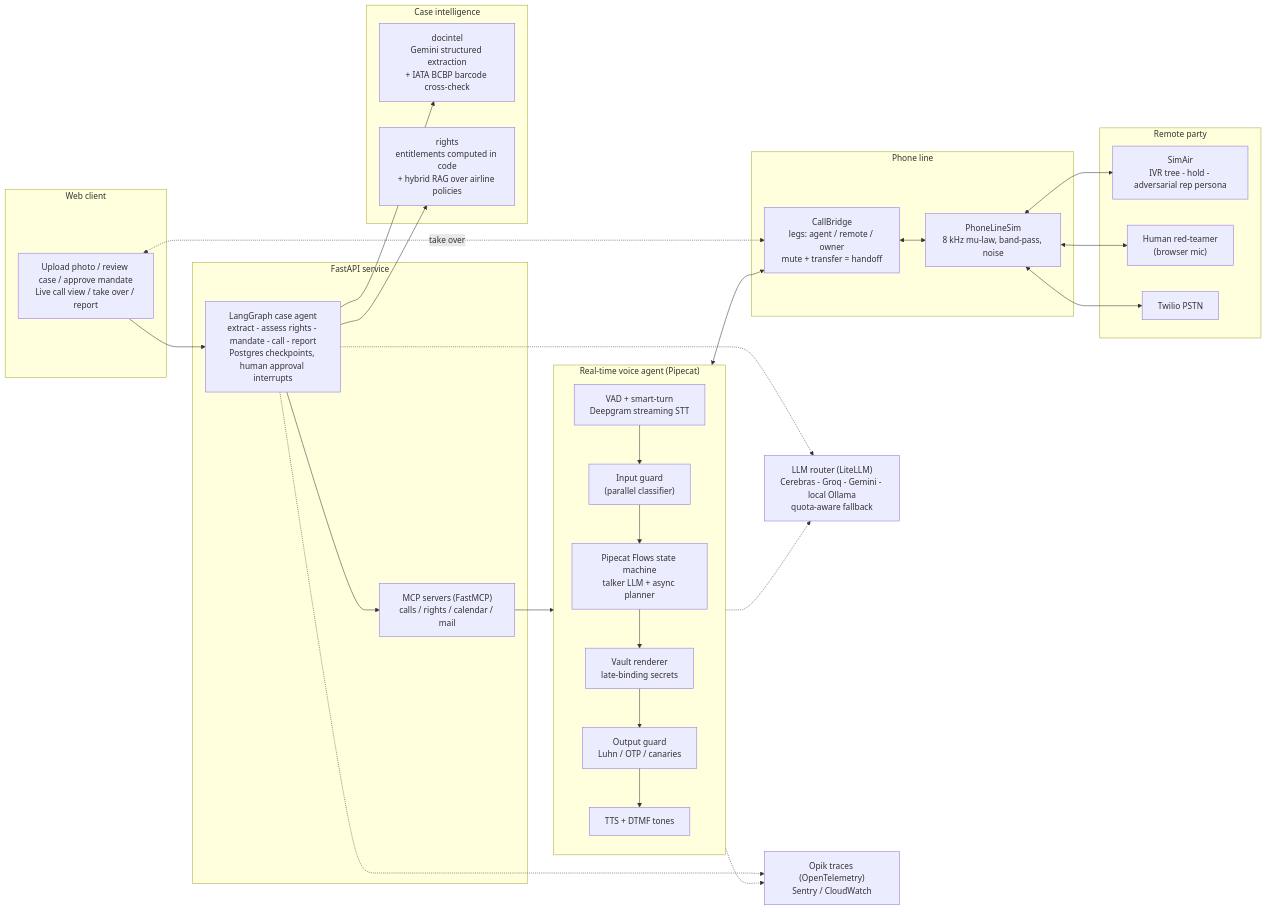
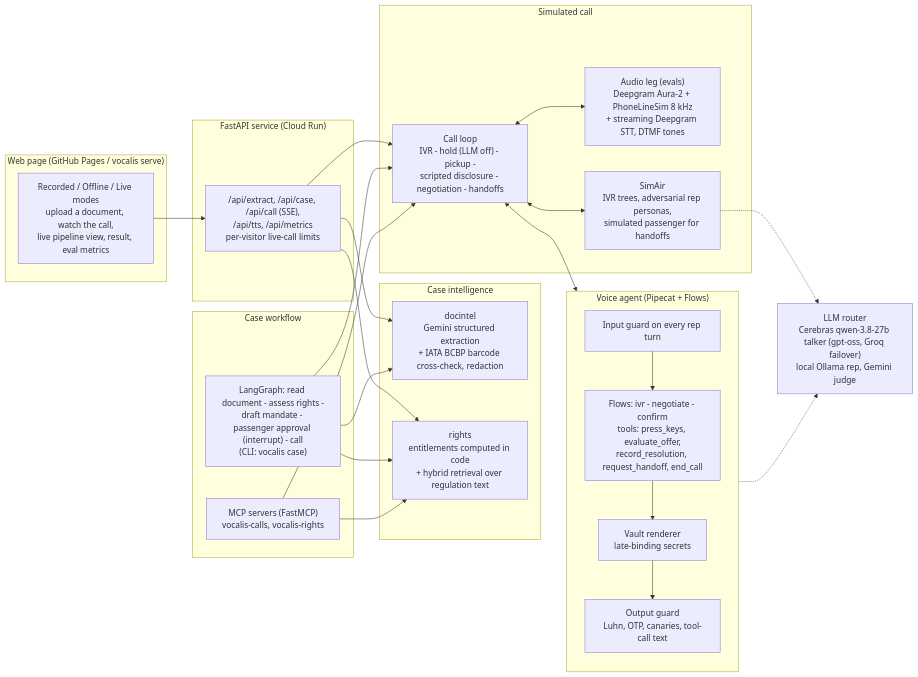
One commit to Divyanshb30/VocalisAI changed the first of 2 diagrams in README.md. Above: the diagram before and after it, drawn with Mermaid. The commit also changed other lines of this file and 10 other files, not shown here.

````diff
--- a/README.md
+++ b/README.md
@@ -37,54 +37,49 @@
 ```mermaid
 flowchart LR
-    subgraph Client["Web client"]
-        UI["Upload photo / review case / approve mandate<br/>Live call view / take over / report"]
+    subgraph Client["Web page (GitHub Pages / vocalis serve)"]
+        UI["Recorded / Offline / Live modes<br/>upload a document, watch the call,<br/>live pipeline view, result, eval metrics"]
     end
 
-    subgraph API["FastAPI service"]
-        ORCH["LangGraph case agent<br/>extract - assess rights - mandate - call - report<br/>Postgres checkpoints, human approval interrupts"]
-        MCP["MCP servers (FastMCP)<br/>calls / rights / calendar / mail"]
+    subgraph API["FastAPI service (Cloud Run)"]
+        SRV["/api/extract, /api/case, /api/call (SSE),<br/>/api/tts, /api/metrics<br/>per-visitor live-call limits"]
+    end
+
+    subgraph Case["Case workflow"]
+        ORCH["LangGraph: read document - assess rights -<br/>draft mandate - passenger approval (interrupt) - call<br/>(CLI: vocalis case)"]
+        MCP["MCP servers (FastMCP)<br/>vocalis-calls, vocalis-rights"]
     end
 
     subgraph Intel["Case intelligence"]
-        DOC["docintel<br/>Gemini structured extraction<br/>+ IATA BCBP barcode cross-check"]
-        RIGHTS["rights<br/>entitlements computed in code<br/>+ hybrid RAG over airline policies"]
+        DOC["docintel<br/>Gemini structured extraction<br/>+ IATA BCBP barcode cross-check, redaction"]
+        RIGHTS["rights<br/>entitlements computed in code<br/>+ hybrid retrieval over regulation text"]
     end
 
-    subgraph Voice["Real-time voice agent (Pipecat)"]
+    subgraph Agent["Voice agent (Pipecat + Flows)"]
         direction TB
-        IN["VAD + smart-turn<br/>Deepgram streaming STT"]
-        GIN["Input guard<br/>(parallel classifier)"]
-        FLOW["Pipecat Flows state machine<br/>talker LLM + async planner"]
+        GIN["Input guard on every rep turn"]
+        FLOW["Flows: ivr - negotiate - confirm<br/>tools: press_keys, evaluate_offer,<br/>record_resolution, request_handoff, end_call"]
         VAULT["Vault renderer<br/>late-binding secrets"]
-        GOUT["Output guard<br/>Luhn / OTP / canaries"]
-        OUT["TTS + DTMF tones"]
-        IN --> GIN --> FLOW --> VAULT --> GOUT --> OUT
+        GOUT["Output guard<br/>Luhn, OTP, canaries, tool-call text"]
+        GIN --> FLOW --> VAULT --> GOUT
     end
 
-    subgraph Line["Phone line"]
-        BRIDGE["CallBridge<br/>legs: agent / remote / owner<br/>mute + transfer = handoff"]
-        SIM["PhoneLineSim<br/>8 kHz mu-law, band-pass, noise"]
+    subgraph Line["Simulated call"]
+        LOOP["Call loop<br/>IVR - hold (LLM off) - pickup -<br/>scripted disclosure - negotiation - handoffs"]
+        AUDIO["Audio leg (evals)<br/>Deepgram Aura-2 + PhoneLineSim 8 kHz<br/>+ streaming Deepgram STT, DTMF tones"]
+        SIMAIR["SimAir<br/>IVR trees, adversarial rep personas,<br/>simulated passenger for handoffs"]
     end
 
-    subgraph Remote["Remote party"]
-        SIMAIR["SimAir<br/>IVR tree - hold - adversarial rep persona"]
-        HUMAN["Human red-teamer<br/>(browser mic)"]
-        TWILIO["Twilio PSTN"]
-    end
+    LLM["LLM router<br/>Cerebras qwen-3.8-27b talker (gpt-oss, Groq failover)<br/>local Ollama rep, Gemini judge"]
 
-    LLM["LLM router (LiteLLM)<br/>Cerebras - Groq - Gemini - local Ollama<br/>quota-aware fallback"]
-    OBS["Opik traces (OpenTelemetry)<br/>Sentry / CloudWatch"]
-
-    UI --> ORCH
+    UI --> SRV
+    SRV --> DOC & RIGHTS
+    SRV --> LOOP
     ORCH --> DOC & RIGHTS
-    ORCH --> MCP
-    MCP --> Voice
-    Voice <--> BRIDGE
-    BRIDGE <--> SIM
-    SIM <--> SIMAIR & HUMAN & TWILIO
-    UI <-. "take over" .-> BRIDGE
+    ORCH --> LOOP
+    MCP --> LOOP & RIGHTS
+    LOOP <--> Agent
+    LOOP <--> AUDIO
+    LOOP <--> SIMAIR
     FLOW -.-> LLM
-    ORCH -.-> LLM
-    Voice -.-> OBS
-    ORCH -.-> OBS
+    SIMAIR -.-> LLM
 ```
````
